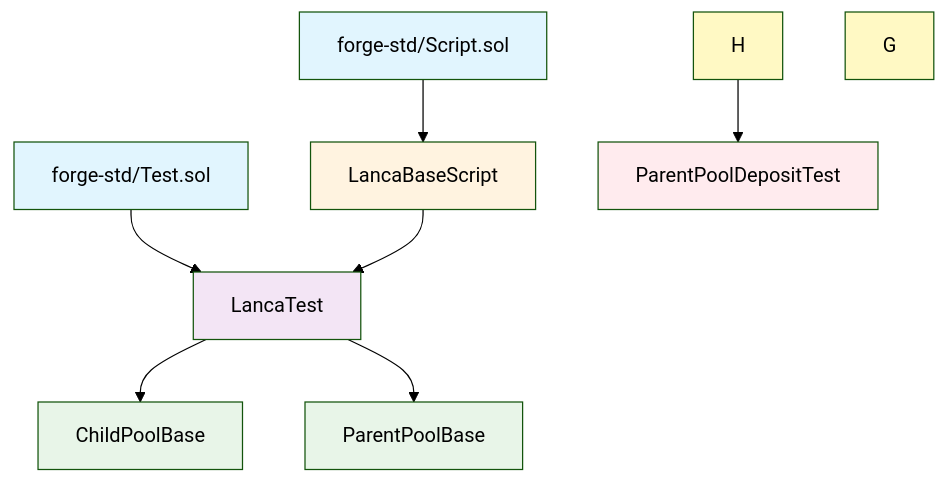
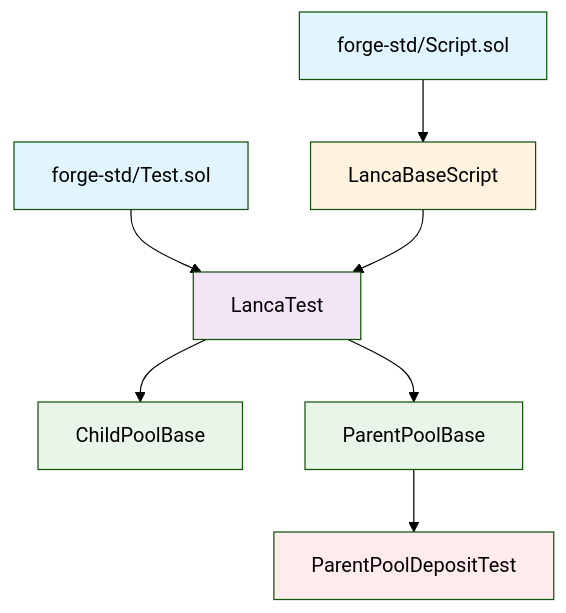
Before and after one commit to lanca-io/lbf-contracts: the diagram in test/foundry/Diagram.md, drawn with Mermaid (forest theme). The commit also changed other lines of this file and 6 other files, not shown here.

````diff
--- a/test/foundry/Diagram.md
+++ b/test/foundry/Diagram.md
@@ -5,21 +5,19 @@
 ```mermaid
 graph TD
     A[forge-std/Test.sol] --> B[LancaTest]
     C[forge-std/Script.sol] --> D[LancaBaseScript]
     D --> B
 
     B --> E[ChildPoolBase]
     B --> F[ParentPoolBase]
 
-    H --> I[ParentPoolDepositTest]
+    F --> I[ParentPoolDepositTest]
 
     style A fill:#e1f5fe
     style C fill:#e1f5fe
     style B fill:#f3e5f5
     style D fill:#fff3e0
     style E fill:#e8f5e8
     style F fill:#e8f5e8
-    style G fill:#fff9c4
-    style H fill:#fff9c4
     style I fill:#ffebee
 ```
````
